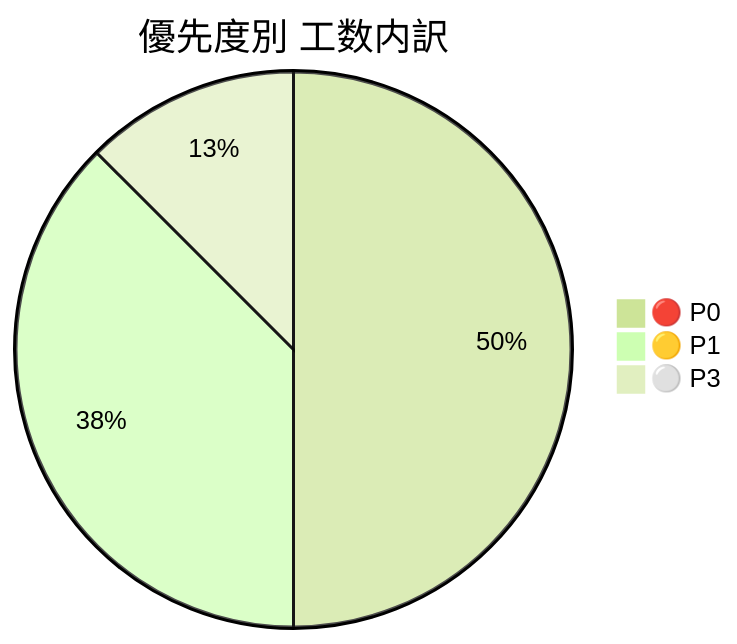
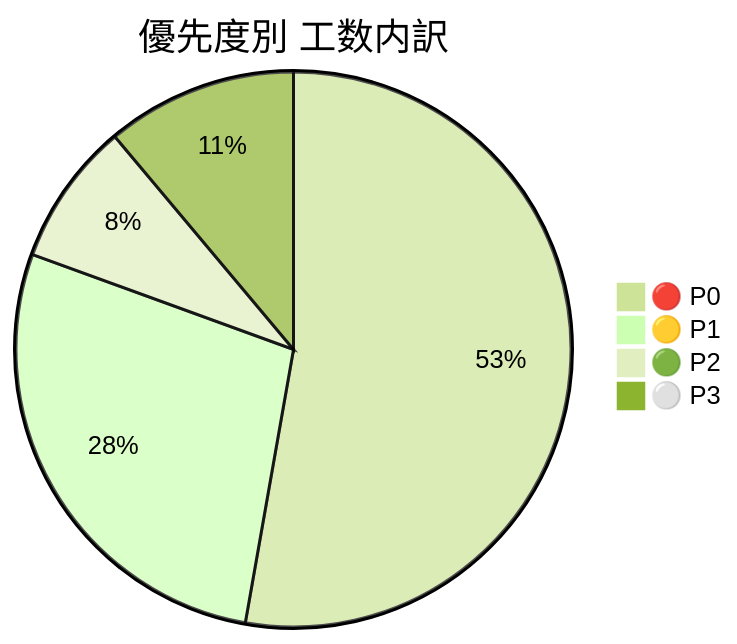
The second of 3 diagrams in docs/09_schedule_and_issues.md (jyogi-web/Jyogi_SNS), drawn with Mermaid (forest theme) before and after one commit. The commit also changed other lines of this file, not shown here.

````diff
--- a/docs/09_schedule_and_issues.md
+++ b/docs/09_schedule_and_issues.md
@@ -101,6 +162,7 @@
 ```mermaid
 pie title 優先度別 工数内訳
-    "🔴 P0" : 16
-    "🟡 P1" : 12
-    "⚪ P3" : 4
+    "🔴 P0" : 76
+    "🟡 P1" : 40
+    "🟢 P2" : 12
+    "⚪ P3" : 16
 ```
````
